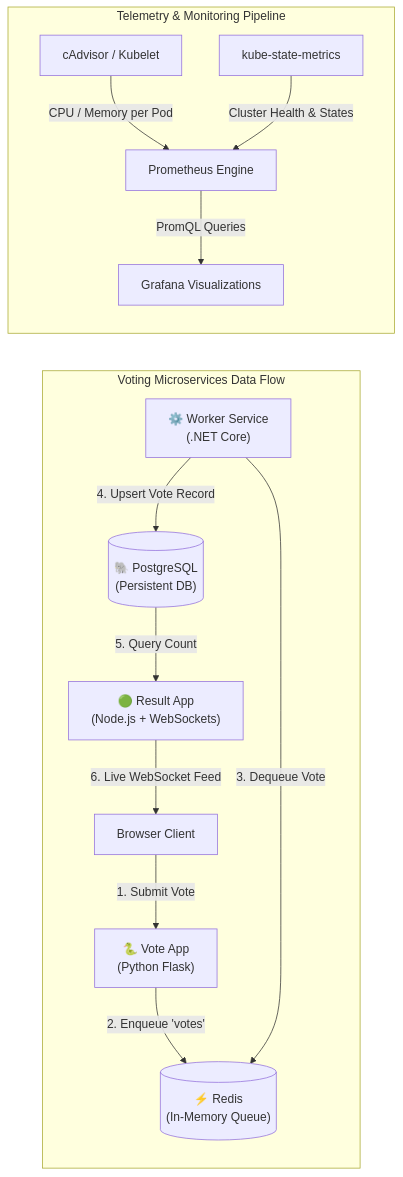
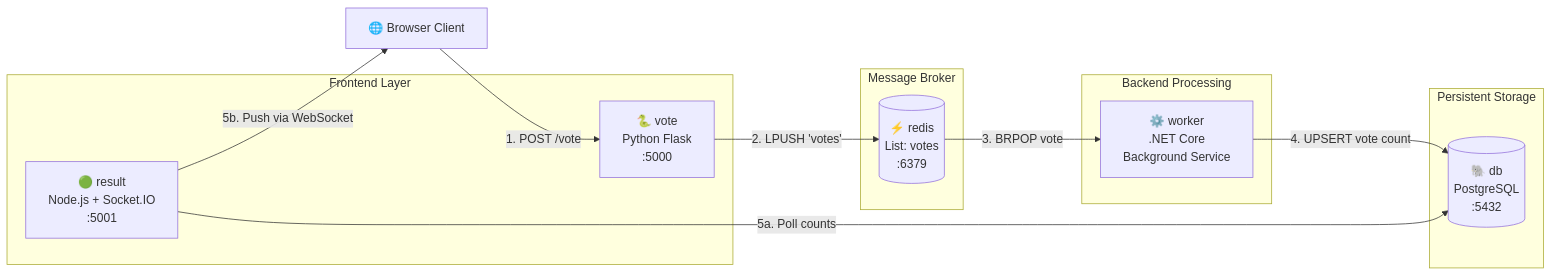
One commit to ankushp965/Voting-App-ArgoCD-Project changed the second of 5 diagrams in README.md. Above: the diagram before and after it, drawn with Mermaid. The commit also changed other lines of this file, not shown here.

````diff
--- a/README.md
+++ b/README.md
@@ -69,29 +138,28 @@
 ```mermaid
 flowchart LR
-    subgraph ApplicationPipeline["Voting Microservices Data Flow"]
-        Client["Browser Client"]
-        VoteApp["🐍 Vote App<br/>(Python Flask)"]
-        RedisQueue[("⚡ Redis<br/>(In-Memory Queue)")]
-        DotNetWorker["⚙️ Worker Service<br/>(.NET Core)"]
-        PostgresDB[("🐘 PostgreSQL<br/>(Persistent DB)")]
-        ResultApp["🟢 Result App<br/>(Node.js + WebSockets)"]
+    Client["🌐 Browser Client"]
 
-        Client -->|"1. Submit Vote"| VoteApp
-        VoteApp -->|"2. Enqueue 'votes'"| RedisQueue
-        DotNetWorker -->|"3. Dequeue Vote"| RedisQueue
-        DotNetWorker -->|"4. Upsert Vote Record"| PostgresDB
-        PostgresDB -->|"5. Query Count"| ResultApp
-        ResultApp -->|"6. Live WebSocket Feed"| Client
+    subgraph Frontend["Frontend Layer"]
+        Vote["🐍 vote<br/>Python Flask<br/>:5000"]
+        Result["🟢 result<br/>Node.js + Socket.IO<br/>:5001"]
     end
 
-    subgraph ObservabilityPipeline["Telemetry & Monitoring Pipeline"]
-        KubeState["kube-state-metrics"]
-        CAdvisor["cAdvisor / Kubelet"]
-        Prom["Prometheus Engine"]
-        Dashboards["Grafana Visualizations"]
+    subgraph Messaging["Message Broker"]
+        Redis[("⚡ redis<br/>List: votes<br/>:6379")]
+    end
 
-        CAdvisor -->|"CPU / Memory per Pod"| Prom
-        KubeState -->|"Cluster Health & States"| Prom
-        Prom -->|"PromQL Queries"| Dashboards
+    subgraph Processing["Backend Processing"]
+        Worker["⚙️ worker<br/>.NET Core<br/>Background Service"]
     end
+
+    subgraph Persistence["Persistent Storage"]
+        PG[("🐘 db<br/>PostgreSQL<br/>:5432")]
+    end
+
+    Client -->|"1. POST /vote"| Vote
+    Vote -->|"2. LPUSH 'votes'"| Redis
+    Redis -->|"3. BRPOP vote"| Worker
+    Worker -->|"4. UPSERT vote count"| PG
+    Result -->|"5a. Poll counts"| PG
+    Result -->|"5b. Push via WebSocket"| Client
 ```
````
